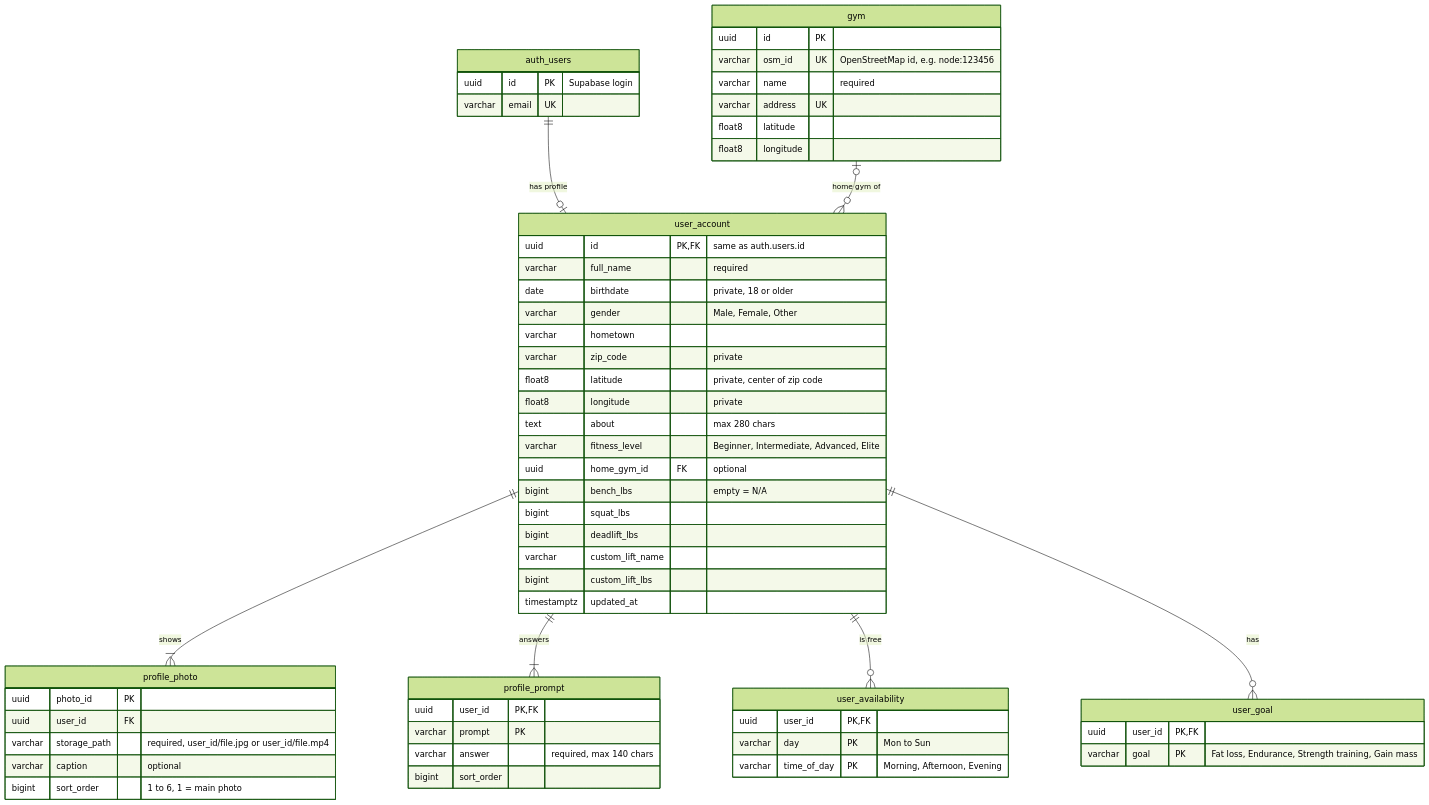
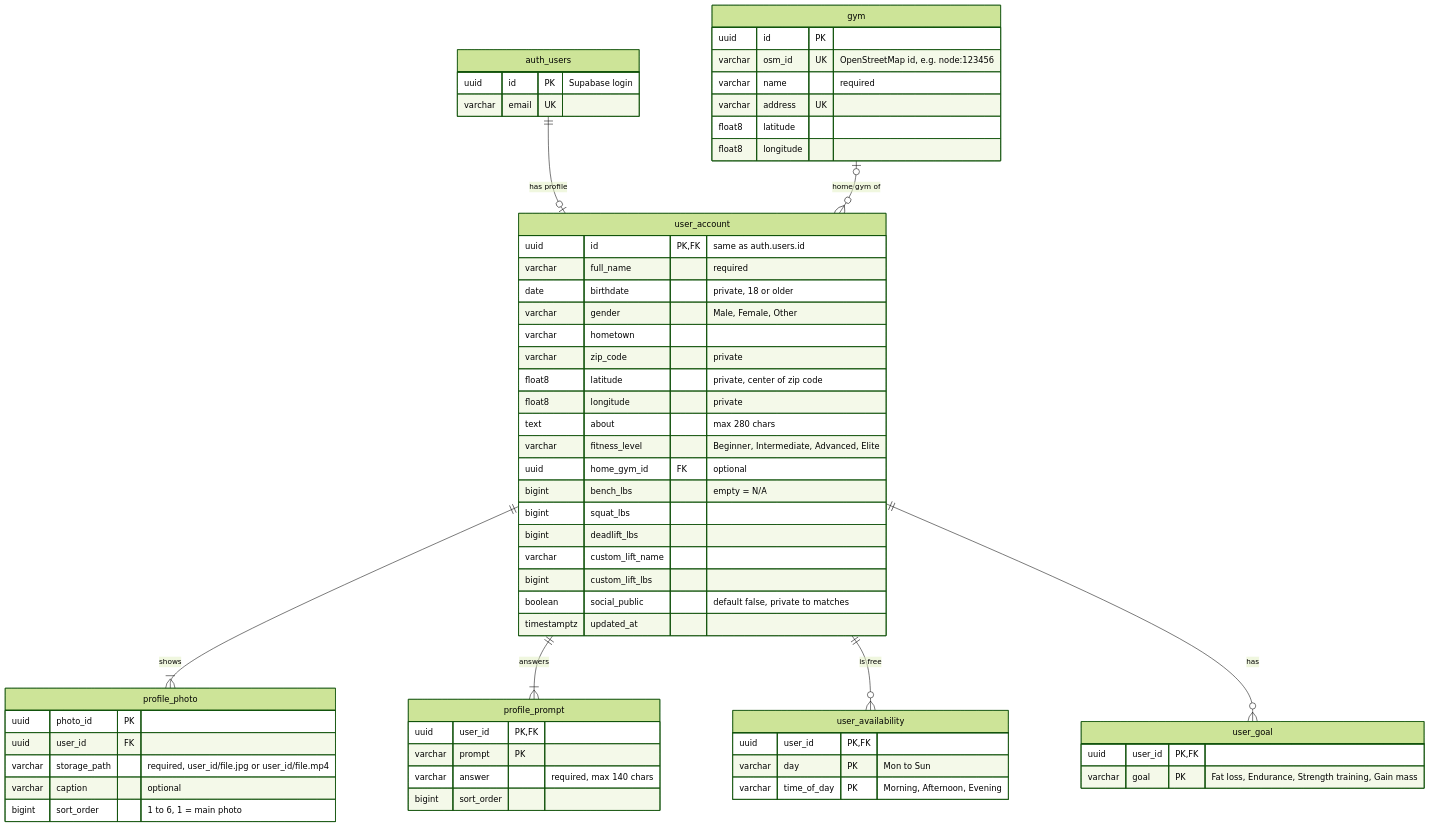
Before and after one commit to rehman20052/SwoleMates: the first of 7 diagrams in docs/DATA_MODEL.md, drawn with Mermaid (forest theme). The commit also changed other lines of this file and 10 other files, not shown here.

````diff
--- a/docs/DATA_MODEL.md
+++ b/docs/DATA_MODEL.md
@@ -49,62 +49,63 @@
 ```mermaid
 erDiagram
   auth_users {
     uuid id PK "Supabase login"
     varchar email UK
   }
   user_account {
     uuid id PK, FK "same as auth.users.id"
     varchar full_name "required"
     date birthdate "private, 18 or older"
     varchar gender "Male, Female, Other"
     varchar hometown
     varchar zip_code "private"
     float8 latitude "private, center of zip code"
     float8 longitude "private"
     text about "max 280 chars"
     varchar fitness_level "Beginner, Intermediate, Advanced, Elite"
     uuid home_gym_id FK "optional"
     bigint bench_lbs "empty = N/A"
     bigint squat_lbs
     bigint deadlift_lbs
     varchar custom_lift_name
     bigint custom_lift_lbs
+    boolean social_public "default false, private to matches"
     timestamptz updated_at
   }
   gym {
     uuid id PK
     varchar osm_id UK "OpenStreetMap id, e.g. node:123456"
     varchar name "required"
     varchar address UK
     float8 latitude
     float8 longitude
   }
   profile_photo {
     uuid photo_id PK
     uuid user_id FK
     varchar storage_path "required, user_id/file.jpg or user_id/file.mp4"
     varchar caption "optional"
     bigint sort_order "1 to 6, 1 = main photo"
   }
   profile_prompt {
     uuid user_id PK, FK
     varchar prompt PK
     varchar answer "required, max 140 chars"
     bigint sort_order
   }
   user_availability {
     uuid user_id PK, FK
     varchar day PK "Mon to Sun"
     varchar time_of_day PK "Morning, Afternoon, Evening"
   }
   user_goal {
     uuid user_id PK, FK
     varchar goal PK "Fat loss, Endurance, Strength training, Gain mass"
   }
   auth_users ||--o| user_account : "has profile"
   gym |o--o{ user_account : "home gym of"
   user_account ||--|{ profile_photo : shows
   user_account ||--|{ profile_prompt : answers
   user_account ||--o{ user_availability : "is free"
   user_account ||--o{ user_goal : has
 ```
````
